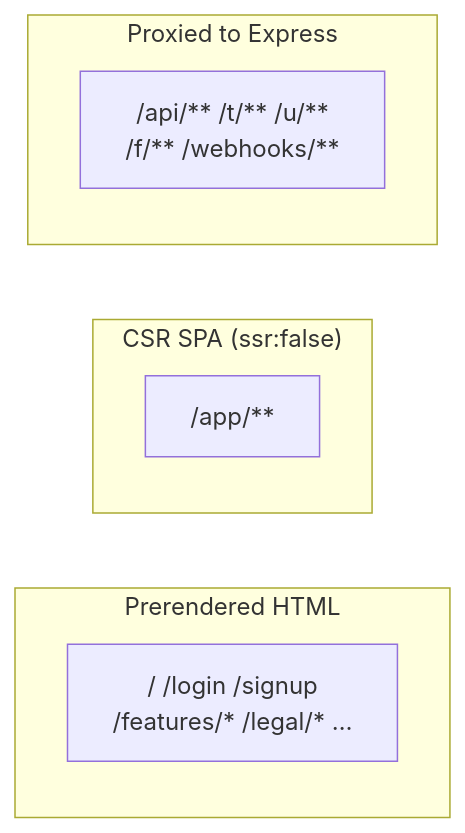
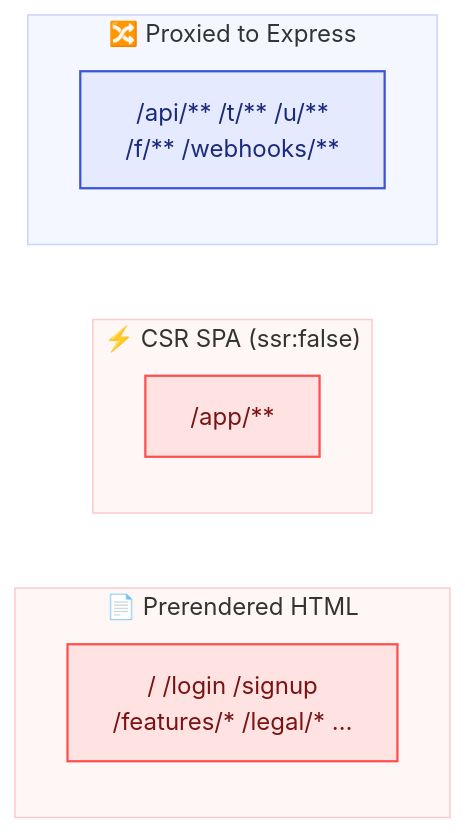
One commit to sidkr/fe-gorilla changed the third of 7 diagrams in documentation/architecture.md. Above: the diagram before and after it, drawn with Mermaid. The commit also changed other lines of this file and 2 other files, not shown here.

First line of the commit message:
docs: color-code + add iconography to architecture diagrams

````diff
--- a/documentation/architecture.md
+++ b/documentation/architecture.md
@@ -129,12 +146,20 @@
 ```mermaid
 flowchart LR
-  subgraph pre["Prerendered HTML"]
+  subgraph pre["📄 Prerendered HTML"]
     H["/  /login  /signup<br/>/features/*  /legal/*  …"]
   end
-  subgraph spa["CSR SPA (ssr:false)"]
+  subgraph spa["⚡ CSR SPA (ssr:false)"]
     A["/app/**"]
   end
-  subgraph prox["Proxied to Express"]
+  subgraph prox["🔀 Proxied to Express"]
     PX["/api/**  /t/**  /u/**<br/>/f/**  /webhooks/**"]
   end
+
+  classDef fe fill:#FFE3E3,stroke:#FF4E4E,stroke-width:1.5px,color:#7A1414;
+  classDef api fill:#E5EAFF,stroke:#3B53D6,stroke-width:1.5px,color:#1B2A7A;
+  class H,A fe
+  class PX api
+  style pre fill:#FFF6F6,stroke:#FFC9C9
+  style spa fill:#FFF6F6,stroke:#FFC9C9
+  style prox fill:#F4F7FF,stroke:#C7D4FF
 ```
````
